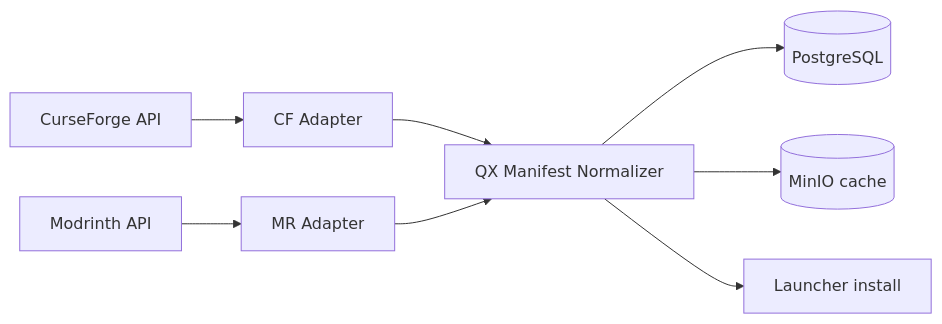
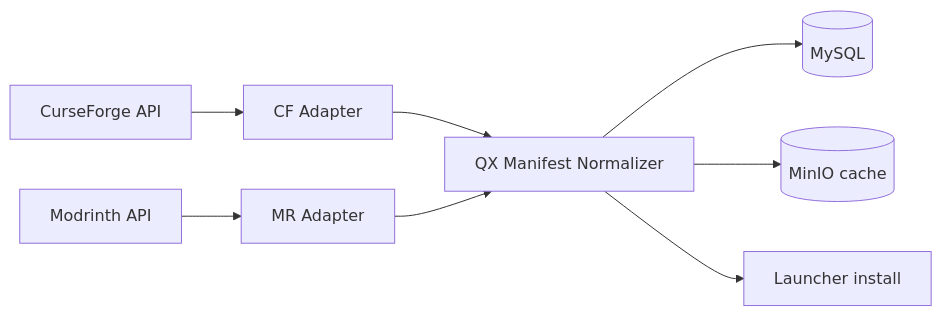
One commit to mindevis/qx-project changed diagram 11 of 16 in docs/architecture.md. Above: the diagram before and after it, drawn with Mermaid. The commit also changed other lines of this file and 10 other files, not shown here.

````diff
--- a/docs/architecture.md
+++ b/docs/architecture.md
@@ -762,10 +778,10 @@
 ```mermaid
 flowchart LR
     CF[CurseForge API] --> AdapterCF[CF Adapter]
     MR[Modrinth API] --> AdapterMR[MR Adapter]
     AdapterCF --> Normalizer[QX Manifest Normalizer]
     AdapterMR --> Normalizer
-    Normalizer --> PG[(PostgreSQL)]
+    Normalizer --> DB[(MySQL)]
     Normalizer --> MinIO[(MinIO cache)]
     Normalizer --> Launcher[Launcher install]
 ```
````
